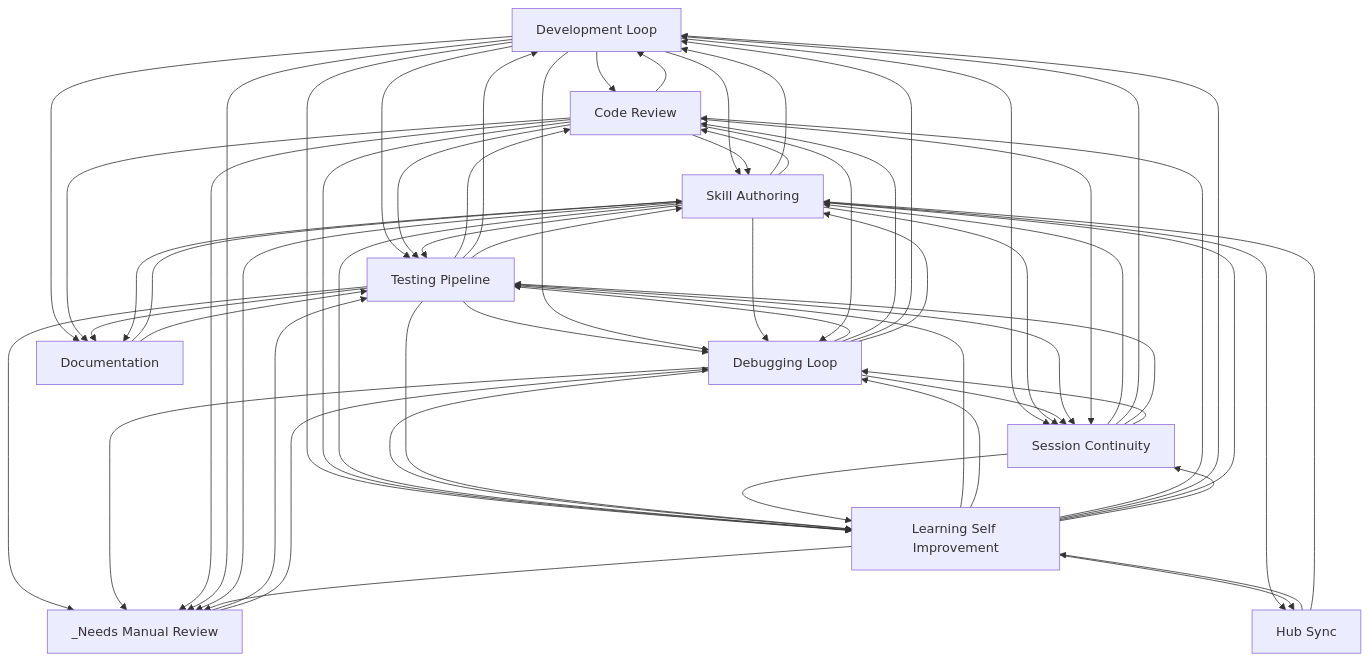
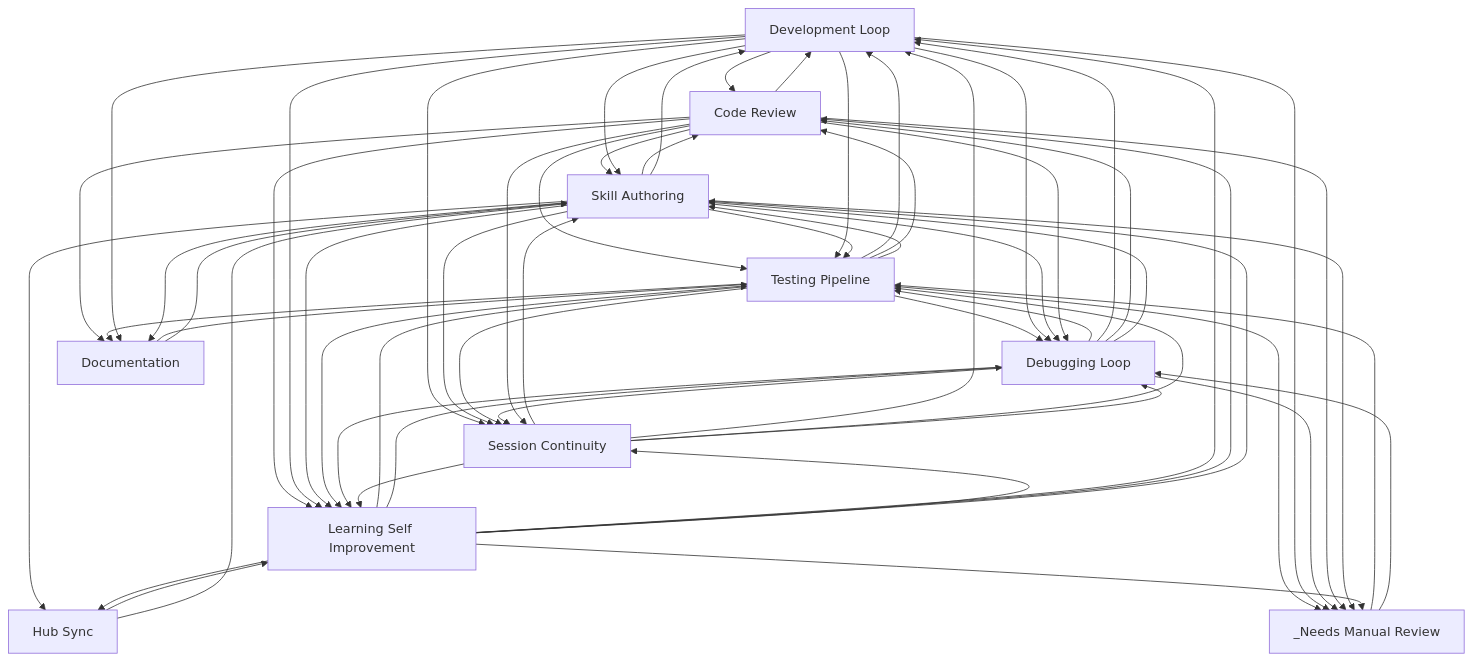
One commit to abhayla/claude-best-practices changed the diagram in docs/workflows/INDEX.md. Above: the diagram before and after it, drawn with Mermaid. The commit also changed other lines of this file and 12 other files, not shown here.

````diff
--- a/docs/workflows/INDEX.md
+++ b/docs/workflows/INDEX.md
@@ -22,72 +22,72 @@
 ```mermaid
 graph TD
     development_loop[Development Loop]
     testing_pipeline[Testing Pipeline]
     debugging_loop[Debugging Loop]
     learning_self_improvement[Learning Self Improvement]
     session_continuity[Session Continuity]
     skill_authoring[Skill Authoring]
     code_review[Code Review]
     documentation[Documentation]
     hub_sync[Hub Sync]
     _needs_manual_review[_Needs Manual Review]
+    documentation --> testing_pipeline
     documentation --> skill_authoring
-    documentation --> testing_pipeline
+    code_review --> skill_authoring
+    code_review --> development_loop
     development_loop --> code_review
     development_loop --> skill_authoring
-    code_review --> development_loop
-    code_review --> skill_authoring
+    code_review --> testing_pipeline
+    code_review --> learning_self_improvement
     development_loop --> testing_pipeline
     development_loop --> learning_self_improvement
-    code_review --> testing_pipeline
-    code_review --> learning_self_improvement
     testing_pipeline --> debugging_loop
+    testing_pipeline --> development_loop
     testing_pipeline --> code_review
-    testing_pipeline --> development_loop
     testing_pipeline --> skill_authoring
     debugging_loop --> testing_pipeline
+    debugging_loop --> development_loop
     debugging_loop --> code_review
-    debugging_loop --> development_loop
     debugging_loop --> skill_authoring
     development_loop --> debugging_loop
+    skill_authoring --> code_review
     skill_authoring --> development_loop
-    skill_authoring --> code_review
     skill_authoring --> testing_pipeline
     skill_authoring --> learning_self_improvement
-    development_loop --> documentation
+    testing_pipeline --> _needs_manual_review
+    development_loop --> _needs_manual_review
     code_review --> documentation
     testing_pipeline --> documentation
+    development_loop --> documentation
     development_loop --> session_continuity
     _needs_manual_review --> testing_pipeline
-    testing_pipeline --> _needs_manual_review
     skill_authoring --> session_continuity
+    testing_pipeline --> session_continuity
     debugging_loop --> session_continuity
-    testing_pipeline --> session_continuity
     skill_authoring --> debugging_loop
     _needs_manual_review --> debugging_loop
+    testing_pipeline --> learning_self_improvement
     debugging_loop --> learning_self_improvement
-    testing_pipeline --> learning_self_improvement
     learning_self_improvement --> testing_pipeline
     learning_self_improvement --> debugging_loop
+    learning_self_improvement --> development_loop
     learning_self_improvement --> code_review
-    learning_self_improvement --> development_loop
     learning_self_improvement --> skill_authoring
     code_review --> debugging_loop
     debugging_loop --> _needs_manual_review
     code_review --> _needs_manual_review
-    development_loop --> _needs_manual_review
     skill_authoring --> _needs_manual_review
+    code_review --> session_continuity
     learning_self_improvement --> session_continuity
-    code_review --> session_continuity
     session_continuity --> learning_self_improvement
     session_continuity --> skill_authoring
     session_continuity --> development_loop
     session_continuity --> testing_pipeline
     session_continuity --> debugging_loop
     skill_authoring --> hub_sync
     learning_self_improvement --> hub_sync
     learning_self_improvement --> _needs_manual_review
     hub_sync --> learning_self_improvement
     hub_sync --> skill_authoring
     skill_authoring --> documentation
 ```
````
